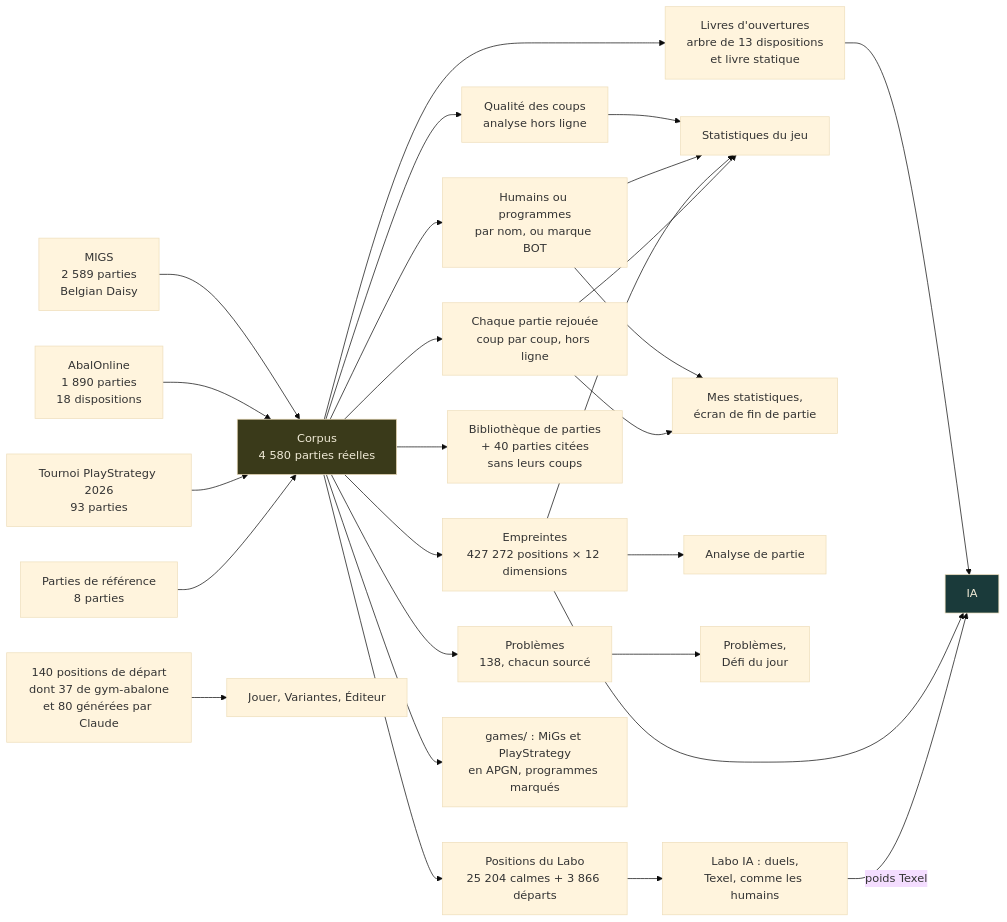
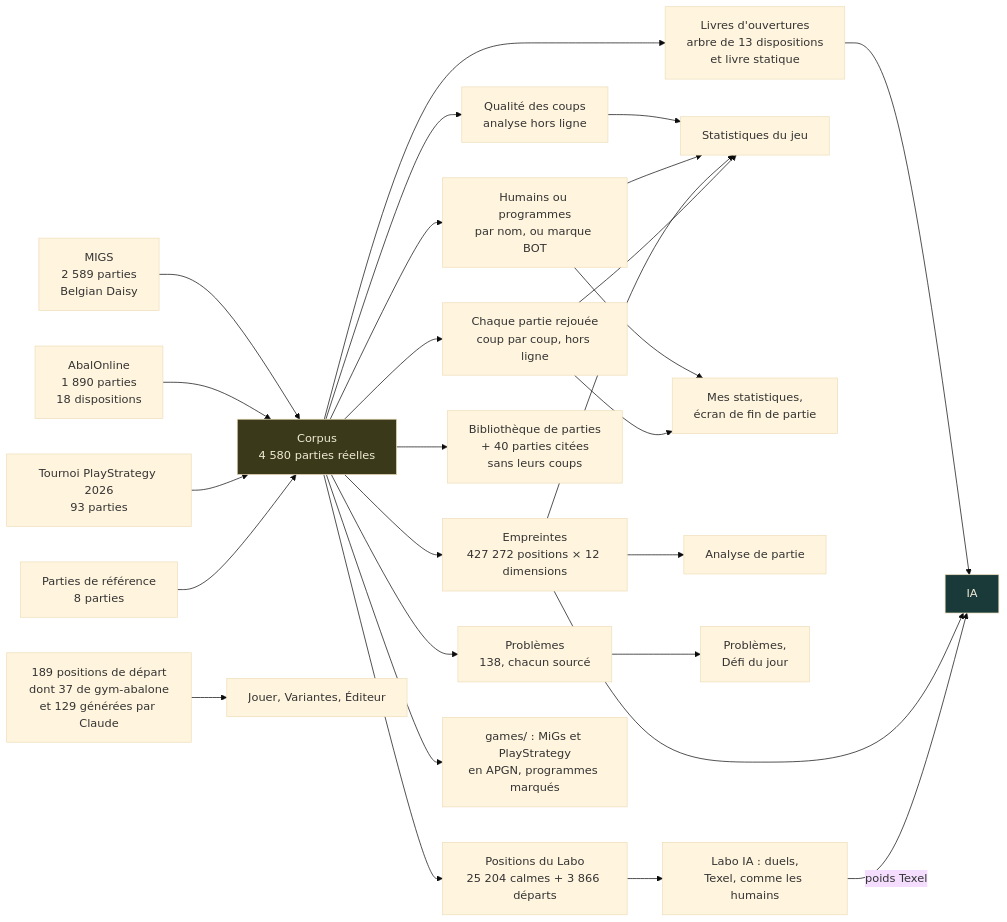
The second of 3 diagrams in docs-fr/Architecture.fr.md (ocj94/Abalassembly), drawn with Mermaid (base theme) before and after one commit. The commit also changed other lines of this file and 17 other files, not shown here.

````diff
--- a/docs-fr/Architecture.fr.md
+++ b/docs-fr/Architecture.fr.md
@@ -61,34 +61,34 @@
 ```mermaid
 flowchart LR
     S1[MIGS<br/>2 589 parties<br/>Belgian Daisy] --> C[Corpus<br/>4 580 parties réelles]
     S2[AbalOnline<br/>1 890 parties<br/>18 dispositions] --> C
     S3[Tournoi PlayStrategy 2026<br/>93 parties] --> C
     S4[Parties de référence<br/>8 parties] --> C
 
     C --> O[Livres d'ouvertures<br/>arbre de 13 dispositions<br/>et livre statique]
     C --> E[Empreintes<br/>427 272 positions × 12 dimensions]
     C --> R[Chaque partie rejouée<br/>coup par coup, hors ligne]
     C --> P[Problèmes<br/>138, chacun sourcé]
     C --> LP[Positions du Labo<br/>25 204 calmes + 3 866 départs]
     C --> L[Bibliothèque de parties<br/>+ 40 parties citées<br/>sans leurs coups]
     C --> Q[Qualité des coups<br/>analyse hors ligne]
     C --> HP[Humains ou programmes<br/>par nom, ou marque BOT]
     C --> AP[games/ : MiGs et PlayStrategy<br/>en APGN, programmes marqués]
-    D[140 positions de départ<br/>dont 37 de gym-abalone<br/>et 80 générées par Claude] --> V[Jouer, Variantes, Éditeur]
+    D[189 positions de départ<br/>dont 37 de gym-abalone<br/>et 129 générées par Claude] --> V[Jouer, Variantes, Éditeur]
     Q --> ST
     HP --> ST
     HP --> MS
 
     O --> AI[IA]
     E --> AI
     E --> AN[Analyse de partie]
     E --> ST[Statistiques du jeu]
     R --> ST
     R --> MS[Mes statistiques,<br/>écran de fin de partie]
     P --> PB[Problèmes,<br/>Défi du jour]
     LP --> LAB[Labo IA : duels,<br/>Texel, comme les humains]
     LAB -->|poids Texel| AI
 
     style C fill:#3a3a1a,color:#f0ead6
     style AI fill:#1a3a3a,color:#f0ead6
 ```
````
